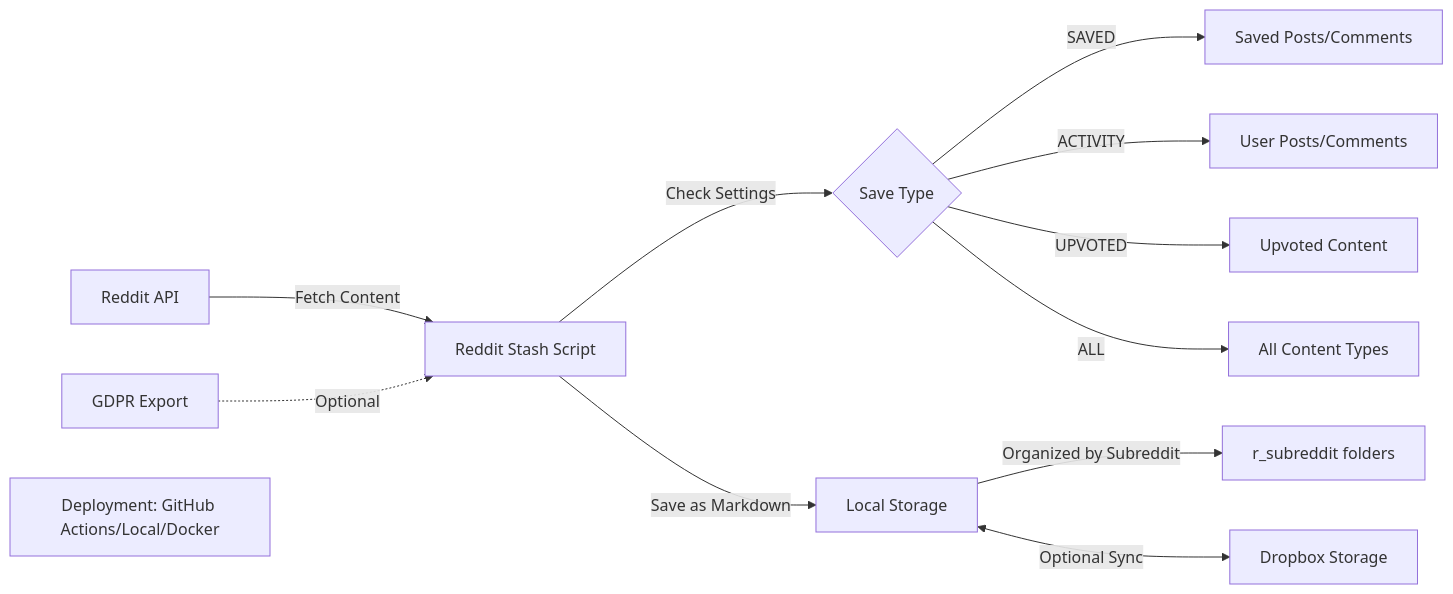
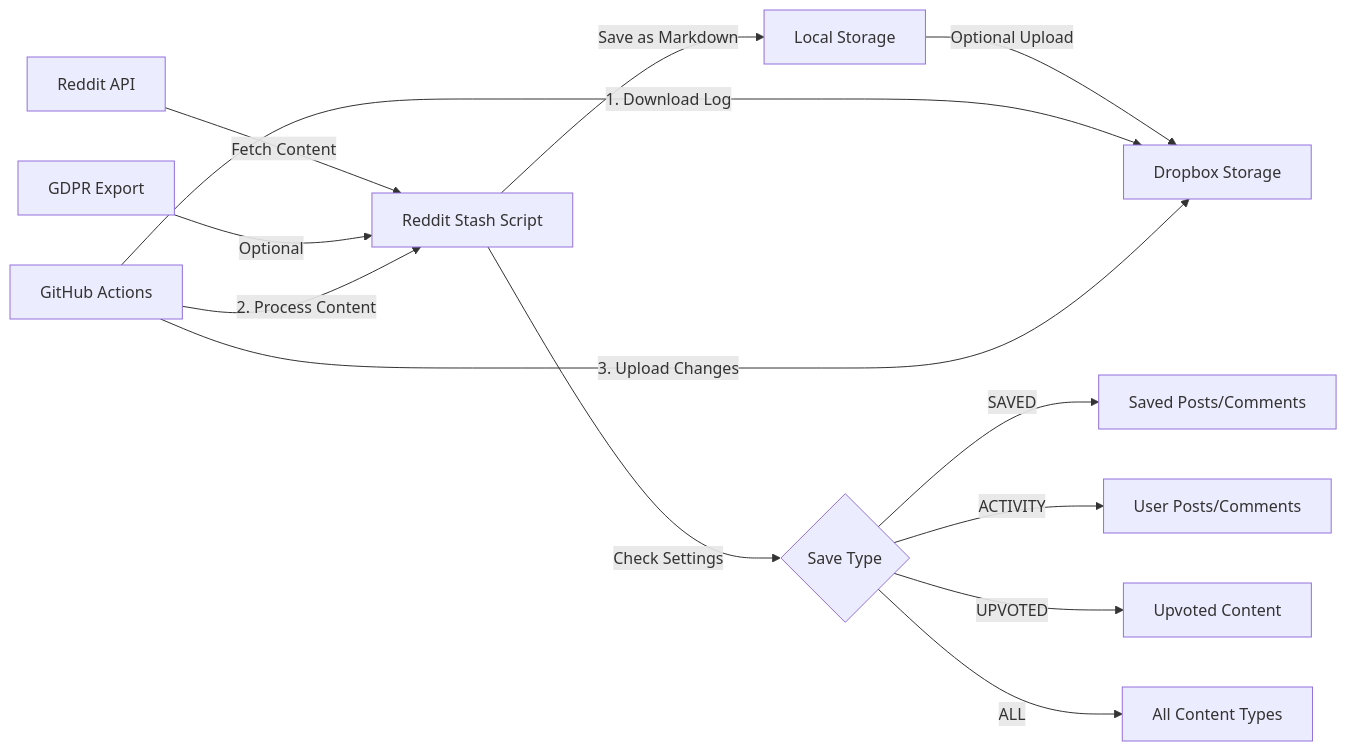
Before and after one commit to rhnfzl/reddit-stash: the diagram in README.md, drawn with Mermaid.

Commit message:
Updated readme for the readability

````diff
--- a/README.md
+++ b/README.md
@@ -67,23 +67,17 @@
 ```mermaid
 graph LR
-    %% Data Sources
     A[Reddit API] -->|Fetch Content| B[Reddit Stash Script]
-    J[GDPR Export] -.->|Optional| B
-    
-    %% Content Types
+    B -->|Save as Markdown| C[Local Storage]
     B -->|Check Settings| D{Save Type}
     D -->|SAVED| E[Saved Posts/Comments]
     D -->|ACTIVITY| F[User Posts/Comments]
     D -->|UPVOTED| G[Upvoted Content]
     D -->|ALL| H[All Content Types]
+    C -->|Optional Upload| I[Dropbox Storage]
+    J[GDPR Export] -->|Optional| B
     
-    %% Storage & Organization
-    B -->|Save as Markdown| C[Local Storage]
-    C -->|Organized by Subreddit| S[r_subreddit folders]
-    
-    %% Deployment Options
-    X[Deployment: GitHub Actions/Local/Docker]
-    
-    %% Dropbox Integration
-    C <-->|Optional Sync| I[Dropbox Storage]
+    %% GitHub Actions Flow
+    K[GitHub Actions] -->|1. Download Log| I
+    K -->|2. Process Content| B
+    K -->|3. Upload Changes| I
 ```
````
